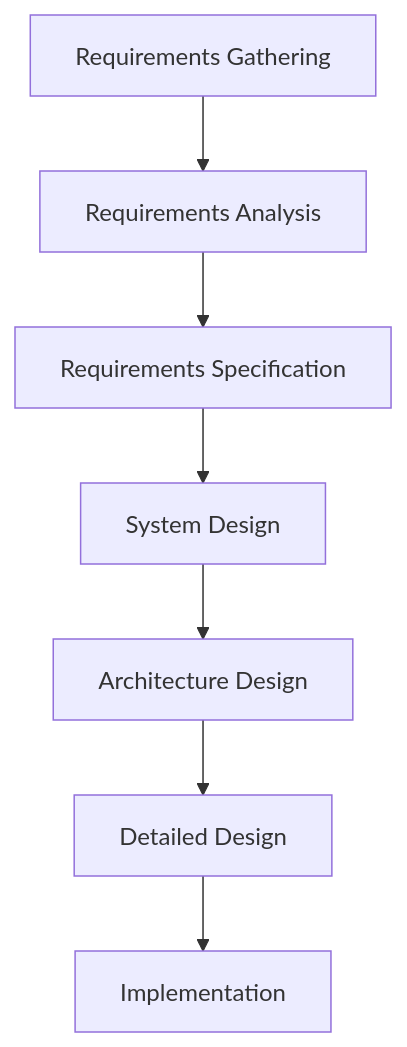
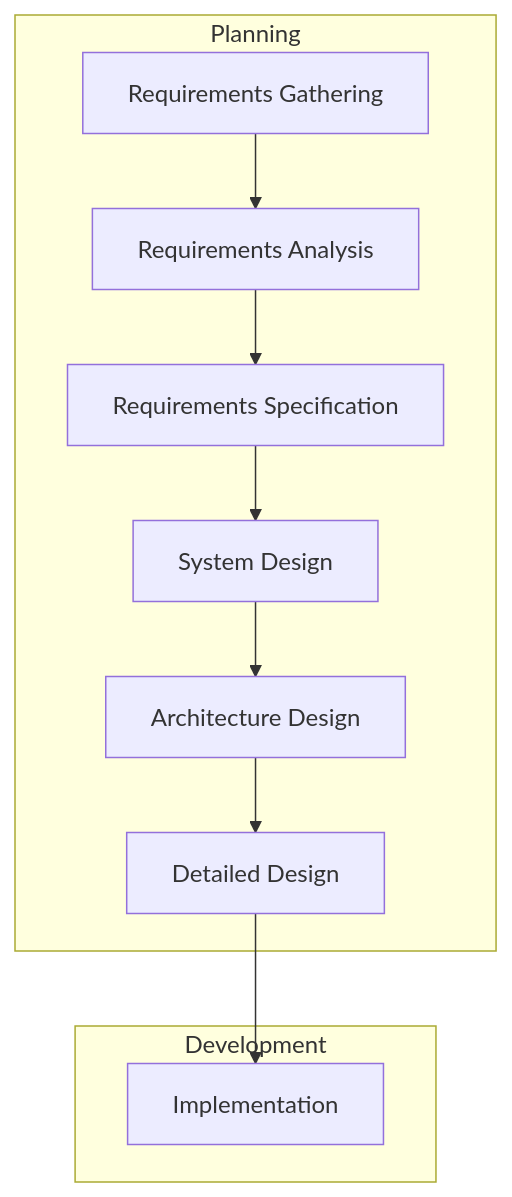
One commit to isauravmanitripathi/Animate-Mermaid-Chart changed the seventh of 54 diagrams in temp-charts/flowchart_sequence/README.md. Above: the diagram before and after it, drawn with Mermaid. The commit also changed other lines of this file and 58 other files, not shown here.

Commit message:
added proper working diagrams

````diff
--- a/temp-charts/flowchart_sequence/README.md
+++ b/temp-charts/flowchart_sequence/README.md
@@ -58,9 +93,22 @@
 ```mermaid
 flowchart TD
-A[Requirements Gathering] --> A1[Requirements Analysis]
-A1 --> A2[Requirements Specification]
-A2 --> B[System Design]
-B --> B1[Architecture Design]
-B1 --> B2[Detailed Design]
-B2 --> C[Implementation]
+    A[Requirements Gathering] --> A1[Requirements Analysis]
+    A1 --> A2[Requirements Specification]
+    A2 --> B[System Design]
+    B --> B1[Architecture Design]
+    B1 --> B2[Detailed Design]
+    B2 --> C[Implementation]
+
+subgraph Planning
+A
+A1
+A2
+B
+B1
+B2
+end
+
+subgraph Development
+C
+end
 ```
````
